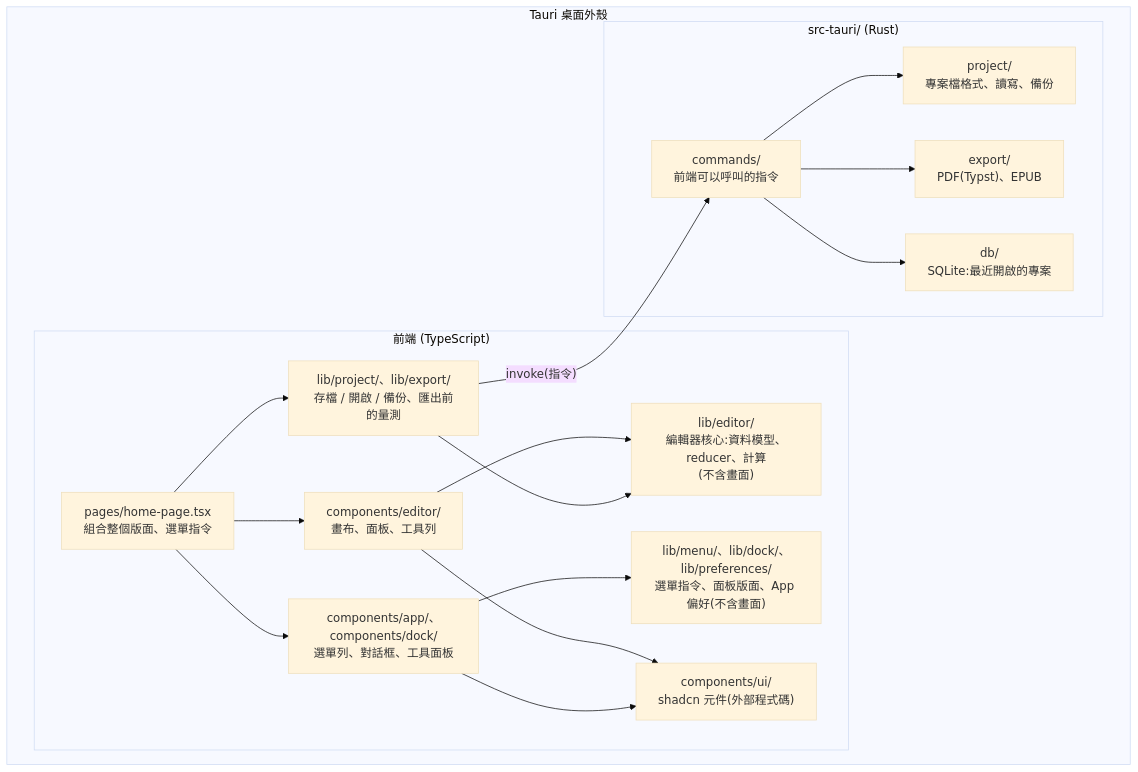
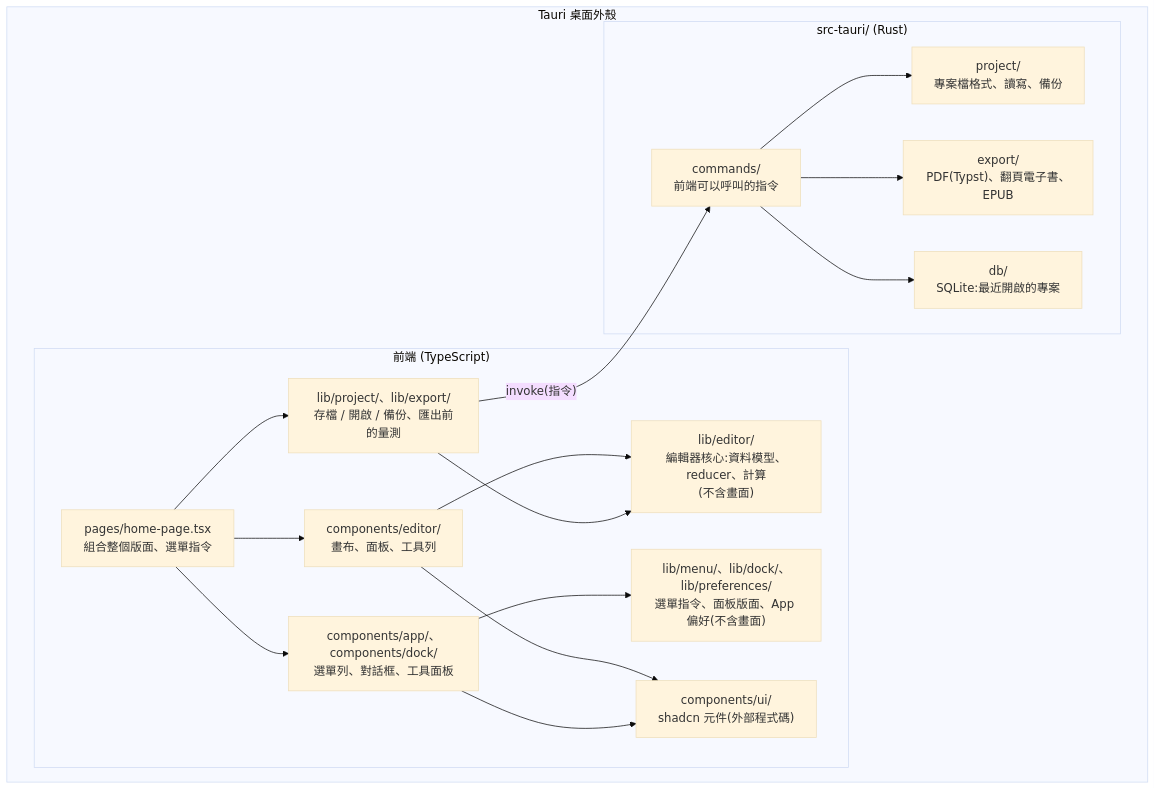
One commit to dino5168/magazine-editor changed the second of 4 diagrams in docs/02-architecture.md. Above: the diagram before and after it, drawn with Mermaid (base theme). The commit also changed other lines of this file and 30 other files, not shown here.

````diff
--- a/docs/02-architecture.md
+++ b/docs/02-architecture.md
@@ -22,32 +22,32 @@
 ```mermaid
 flowchart TB
     subgraph Tauri["Tauri 桌面外殼"]
         subgraph Front["前端 (TypeScript)"]
             Page["pages/home-page.tsx<br/>組合整個版面、選單指令"]
             Comp["components/editor/<br/>畫布、面板、工具列"]
             AppUI["components/app/、components/dock/<br/>選單列、對話框、工具面板"]
             Core["lib/editor/<br/>編輯器核心:資料模型、reducer、計算<br/>(不含畫面)"]
             Other["lib/menu/、lib/dock/、lib/preferences/<br/>選單指令、面板版面、App 偏好(不含畫面)"]
             Proj["lib/project/、lib/export/<br/>存檔 / 開啟 / 備份、匯出前的量測"]
             UI["components/ui/<br/>shadcn 元件(外部程式碼)"]
             Page --> Comp
             Page --> AppUI
             Page --> Proj
             Comp --> Core
             AppUI --> Other
             Proj --> Core
             Comp --> UI
             AppUI --> UI
         end
         subgraph Rust["src-tauri/ (Rust)"]
             Cmd["commands/<br/>前端可以呼叫的指令"]
             RP["project/<br/>專案檔格式、讀寫、備份"]
-            RE["export/<br/>PDF(Typst)、EPUB"]
+            RE["export/<br/>PDF(Typst)、翻頁電子書、EPUB"]
             DB["db/<br/>SQLite:最近開啟的專案"]
             Cmd --> RP
             Cmd --> RE
             Cmd --> DB
         end
         Proj -- "invoke(指令)" --> Cmd
     end
 ```
````
